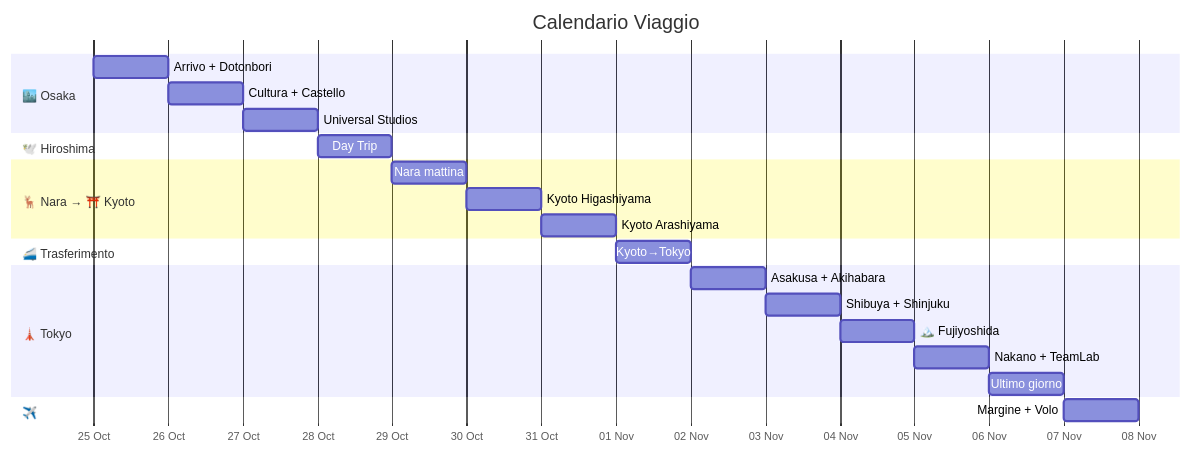
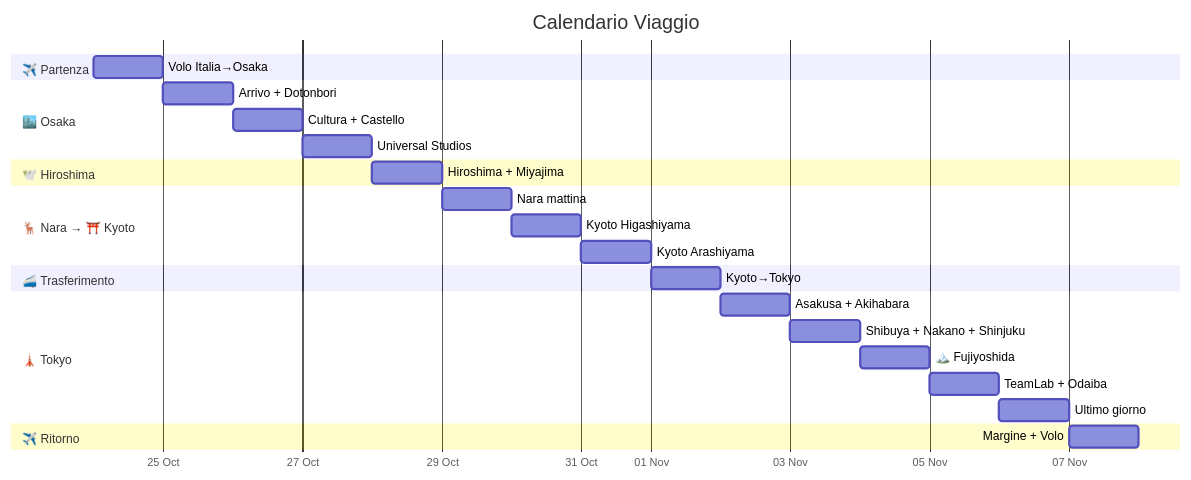
Before and after one commit to LorenzoPolito/Travel-Vault: the second of 3 diagrams in Itinerari/Japan/2026/Itinerario-Giappone-24ott-7nov2026.md, drawn with Mermaid. The commit also changed other lines of this file and 10 other files, not shown here.

First line of the commit message:
Giorno 5 (28 ott): aggiunto Miyajima al day trip Hiroshima + fix wikilink e immagini location

````diff
--- a/Itinerari/Japan/2026/Itinerario-Giappone-24ott-7nov2026.md
+++ b/Itinerari/Japan/2026/Itinerario-Giappone-24ott-7nov2026.md
@@ -53,32 +53,35 @@
 ```mermaid
 gantt
     title Calendario Viaggio
     dateFormat  YYYY-MM-DD
     axisFormat  %d %b
+
+    section ✈️ Partenza
+    Volo Italia→Osaka       :g1, 2026-10-24, 1d
 
     section 🏙️ Osaka
     Arrivo + Dotonbori     :g2, 2026-10-25, 1d
     Cultura + Castello     :2026-10-26, 1d
     Universal Studios      :2026-10-27, 1d
 
     section 🕊️ Hiroshima
-    Day Trip               :2026-10-28, 1d
+    Hiroshima + Miyajima   :2026-10-28, 1d
 
     section 🦌 Nara → ⛩️ Kyoto
     Nara mattina           :g6, 2026-10-29, 1d
     Kyoto Higashiyama      :2026-10-30, 1d
     Kyoto Arashiyama       :2026-10-31, 1d
 
     section 🚄 Trasferimento
     Kyoto→Tokyo            :2026-11-01, 1d
 
     section 🗼 Tokyo
     Asakusa + Akihabara    :2026-11-02, 1d
-    Shibuya + Shinjuku     :2026-11-03, 1d
+    Shibuya + Nakano + Shinjuku :2026-11-03, 1d
     🏔️ Fujiyoshida          :2026-11-04, 1d
-    Nakano + TeamLab       :2026-11-05, 1d
+    TeamLab + Odaiba       :2026-11-05, 1d
     Ultimo giorno          :2026-11-06, 1d
 
-    section ✈️
+    section ✈️ Ritorno
     Margine + Volo         :2026-11-07, 1d
 ```
````
